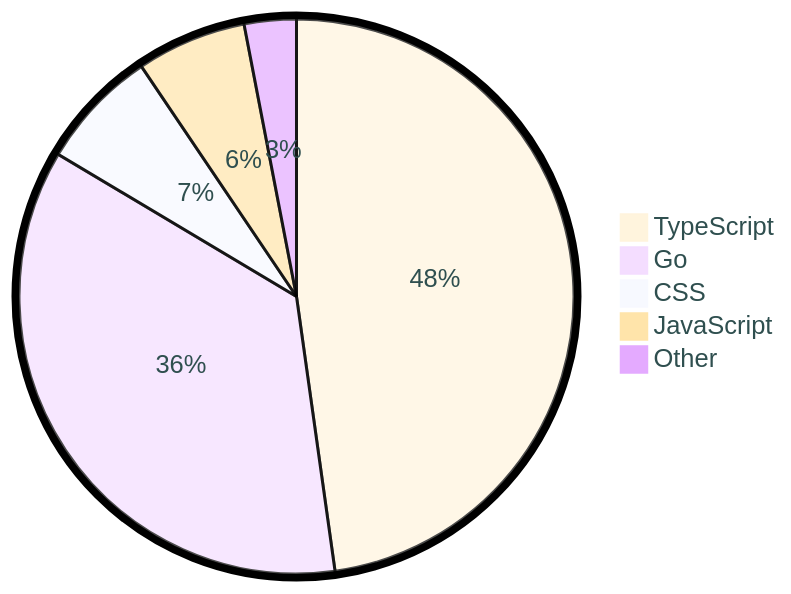
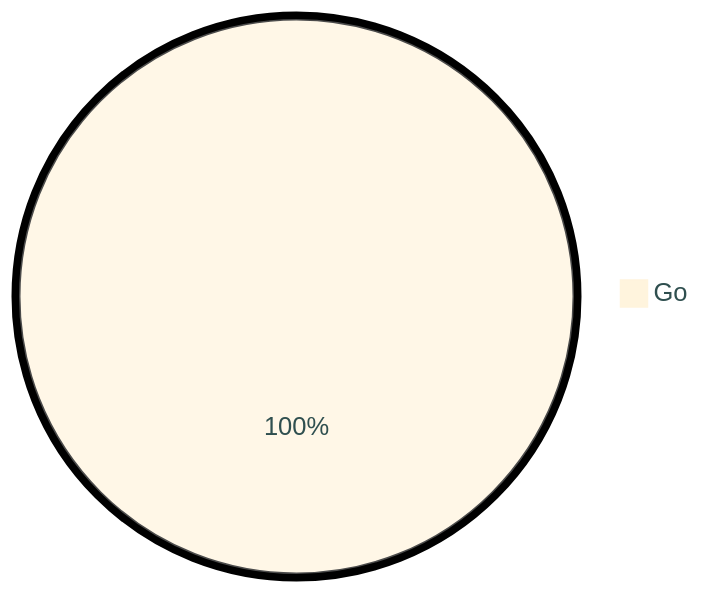
Before and after one commit to tot0p/tot0p: the diagram in README.md, drawn with Mermaid. The commit also changed other lines of this file, not shown here.

````diff
--- a/README.md
+++ b/README.md
@@ -117,9 +113,5 @@
 ```mermaid
 %%{init: {"pie": {"textPosition": 0.5}, "themeVariables": {"pieOuterStrokeWidth": "5px","primaryTextColor" : "#2F4F4F"},"theme":"base"} }%%
 pie
-	"TypeScript": 47.78
-	"Go": 35.78
-	"CSS": 7.0
-	"JavaScript": 6.41
-	"Other": 3.03
+	"Go": 100.0
 ```
````
